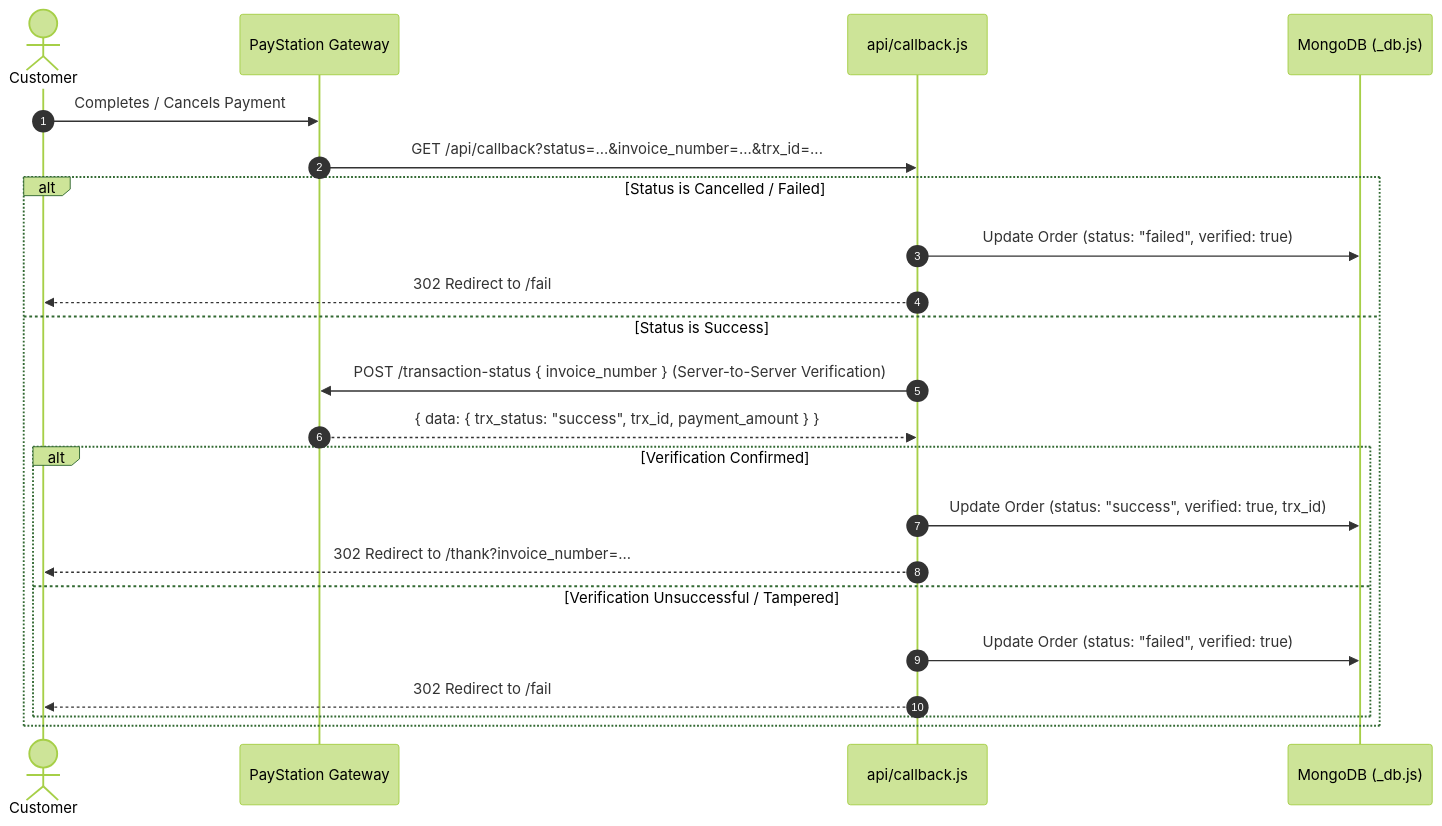
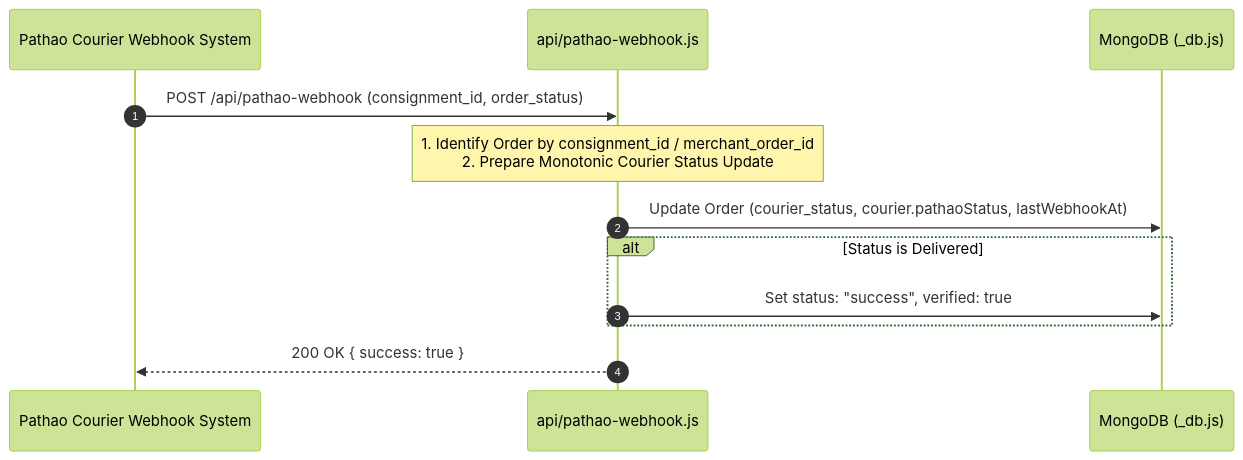
Before and after one commit to AdnanInTheSky/notun_rawgadz: the fourth of 4 diagrams in update.md, drawn with Mermaid (forest theme). The commit also changed other lines of this file and 13 other files, not shown here.

````diff
--- a/update.md
+++ b/update.md
@@ -99,27 +146,18 @@
 ```mermaid
 sequenceDiagram
     autonumber
-    actor Customer
-    participant Gateway as PayStation Gateway
-    participant Callback as api/callback.js
+    participant Pathao as Pathao Courier Webhook System
+    participant WebhookAPI as api/pathao-webhook.js
     participant DB as MongoDB (_db.js)
 
-    Customer->>Gateway: Completes / Cancels Payment
-    Gateway->>Callback: GET /api/callback?status=...&invoice_number=...&trx_id=...
-
-    alt Status is Cancelled / Failed
-        Callback->>DB: Update Order (status: "failed", verified: true)
-        Callback-->>Customer: 302 Redirect to /fail
-    else Status is Success
-        Callback->>Gateway: POST /transaction-status { invoice_number } (Server-to-Server Verification)
-        Gateway-->>Callback: { data: { trx_status: "success", trx_id, payment_amount } }
-        
-        alt Verification Confirmed
-            Callback->>DB: Update Order (status: "success", verified: true, trx_id)
-            Callback-->>Customer: 302 Redirect to /thank?invoice_number=...
-        else Verification Unsuccessful / Tampered
-            Callback->>DB: Update Order (status: "failed", verified: true)
-            Callback-->>Customer: 302 Redirect to /fail
-        end
+    Pathao->>WebhookAPI: POST /api/pathao-webhook (consignment_id, order_status)
+    Note over WebhookAPI: 1. Identify Order by consignment_id / merchant_order_id<br/>2. Prepare Monotonic Courier Status Update
+    
+    WebhookAPI->>DB: Update Order (courier_status, courier.pathaoStatus, lastWebhookAt)
+    
+    alt Status is Delivered
+        WebhookAPI->>DB: Set status: "success", verified: true
     end
+    
+    WebhookAPI-->>Pathao: 200 OK { success: true }
 ```
````
